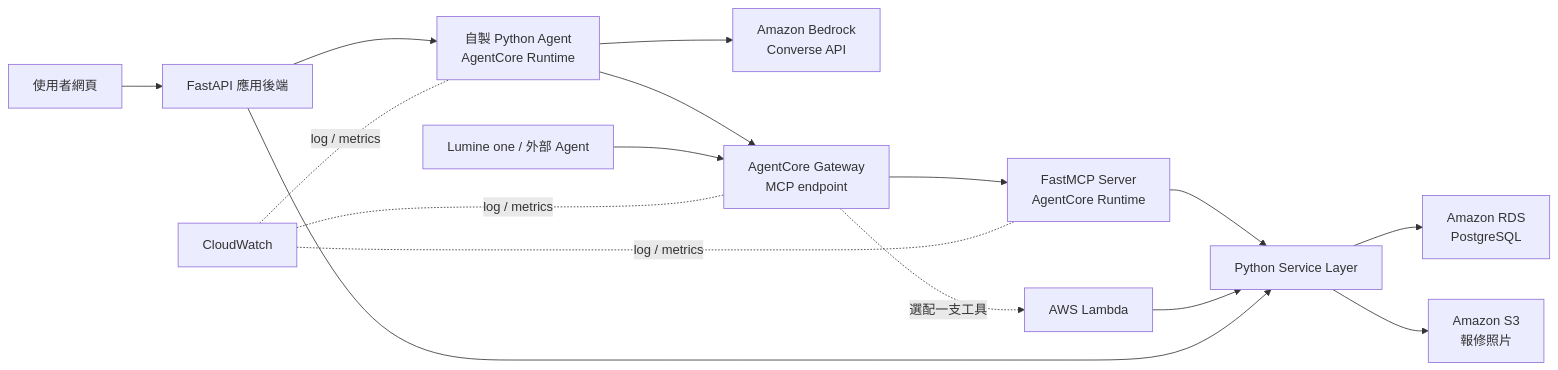
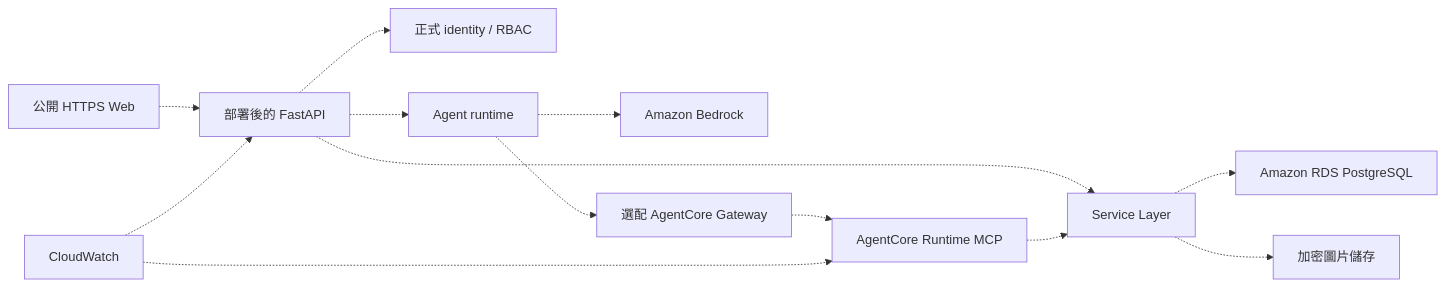
The third of 3 diagrams in docs/architecture.md (spicyhoney/nw_p), drawn with Mermaid before and after one commit. The commit also changed other lines of this file and 29 other files, not shown here.

````diff
--- a/docs/architecture.md
+++ b/docs/architecture.md
@@ -214,18 +144,15 @@
 ```mermaid
 flowchart LR
-    User["使用者網頁"] --> API["FastAPI 應用後端"]
-    API --> Agent["自製 Python Agent<br/>AgentCore Runtime"]
-    Agent --> Bedrock["Amazon Bedrock<br/>Converse API"]
-    Agent --> Gateway["AgentCore Gateway<br/>MCP endpoint"]
-    External["Lumine one / 外部 Agent"] --> Gateway
-    Gateway --> MCP["FastMCP Server<br/>AgentCore Runtime"]
-    Gateway -. "選配一支工具" .-> Lambda["AWS Lambda"]
-    MCP --> Service["Python Service Layer"]
-    Lambda --> Service
-    API --> Service
-    Service --> RDS["Amazon RDS<br/>PostgreSQL"]
-    Service --> S3["Amazon S3<br/>報修照片"]
-    Logs["CloudWatch"] -. "log / metrics" .- Agent
-    Logs -. "log / metrics" .- Gateway
-    Logs -. "log / metrics" .- MCP
+    Public["公開 HTTPS Web"] -.-> API["部署後的 FastAPI"]
+    API -.-> Auth["正式 identity / RBAC"]
+    API -.-> Agent["Agent runtime"]
+    Agent -.-> Bedrock["Amazon Bedrock"]
+    Agent -.-> Gateway["選配 AgentCore Gateway"]
+    Gateway -.-> MCP["AgentCore Runtime MCP"]
+    API -.-> Service["Service Layer"]
+    MCP -.-> Service
+    Service -.-> RDS["Amazon RDS PostgreSQL"]
+    Service -.-> S3["加密圖片儲存"]
+    Logs["CloudWatch"] -.-> API
+    Logs -.-> MCP
 ```
````
